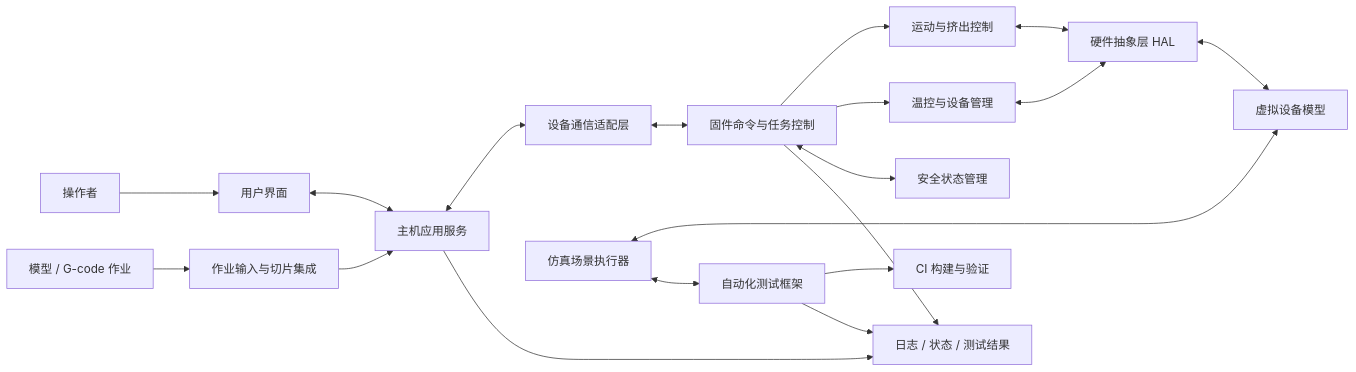
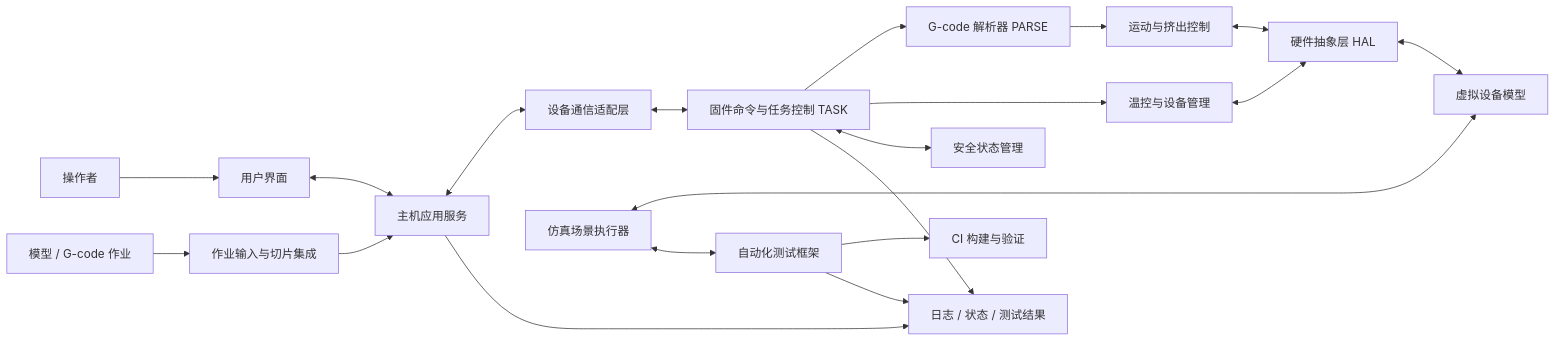
One commit to rexyll/3dprinter changed the diagram in docs/phase1/architecture/system-context.mmd. Above: the diagram before and after it, drawn with Mermaid.

Commit message:
docs(architecture): show parser boundary in system context

```diff
--- a/docs/phase1/architecture/system-context.mmd
+++ b/docs/phase1/architecture/system-context.mmd
@@ -1,19 +1,20 @@
 flowchart LR
     Operator[操作者] --> UI[用户界面]
     UI <--> Host[主机应用服务]
     Job[模型 / G-code 作业] --> Slicer[作业输入与切片集成]
     Slicer --> Host
     Host <--> Comm[设备通信适配层]
-    Comm <--> Firmware[固件命令与任务控制]
-    Firmware --> Motion[运动与挤出控制]
+    Comm <--> Firmware[固件命令与任务控制 TASK]
+    Firmware --> Parser[G-code 解析器 PARSE]
+    Parser --> Motion[运动与挤出控制]
     Firmware --> Thermal[温控与设备管理]
     Firmware <--> Safety[安全状态管理]
     Motion <--> HAL[硬件抽象层 HAL]
     Thermal <--> HAL
     HAL <--> Virtual[虚拟设备模型]
     Sim[仿真场景执行器] <--> Virtual
     Sim <--> Tests[自动化测试框架]
     Tests --> CI[CI 构建与验证]
     Host --> Logs[日志 / 状态 / 测试结果]
     Firmware --> Logs
     Tests --> Logs
```
